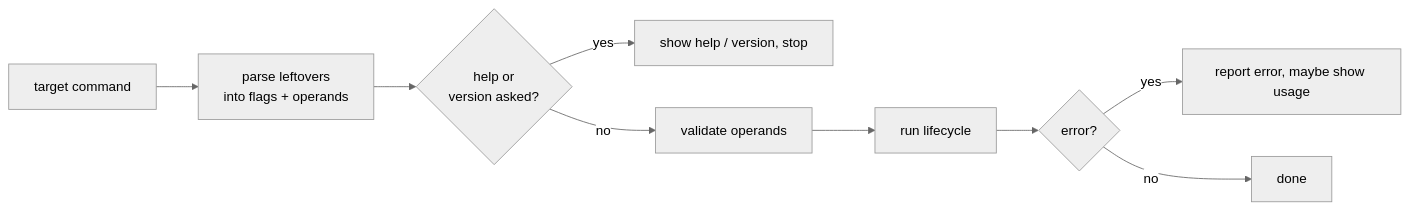
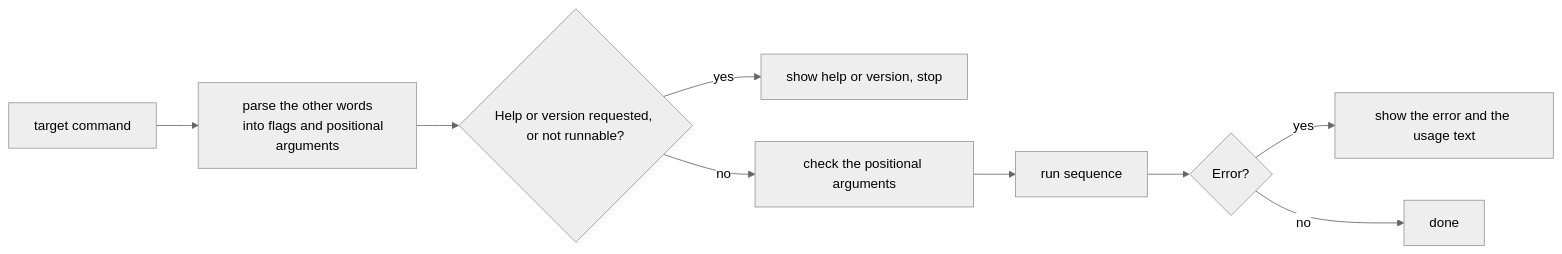
The fifth of 5 diagrams in docs/examples/cobra/.cluedoc/execution-and-dispatch/README.md (KeunwooPark/cluedoc), drawn with Mermaid (neutral theme) before and after one commit. The commit also changed other lines of this file and 22 other files, not shown here.

````diff
--- a/docs/examples/cobra/.cluedoc/execution-and-dispatch/README.md
+++ b/docs/examples/cobra/.cluedoc/execution-and-dispatch/README.md
@@ -72,13 +104,12 @@
 ```mermaid
 flowchart LR
-    TGT["target command"] --> P["parse leftovers
-    into flags + operands"]
-    P --> H{help or
-    version asked?}
-    H -->|yes| SHOW["show help / version, stop"]
-    H -->|no| V["validate operands"]
-    V --> RUN["run lifecycle"]
-    RUN --> ERR{error?}
-    ERR -->|yes| REPORT["report error, maybe show usage"]
-    ERR -->|no| DONE["done"]
+    TGT["target command"] --> P["parse the other words
+    into flags and positional arguments"]
+    P --> H{"Help or version requested, or not runnable?"}
+    H -->|"yes"| SHOW["show help or version, stop"]
+    H -->|"no"| V["check the positional arguments"]
+    V --> RUN["run sequence"]
+    RUN --> ERR{"Error?"}
+    ERR -->|"yes"| REPORT["show the error and the usage text"]
+    ERR -->|"no"| DONE["done"]
 ```
````
